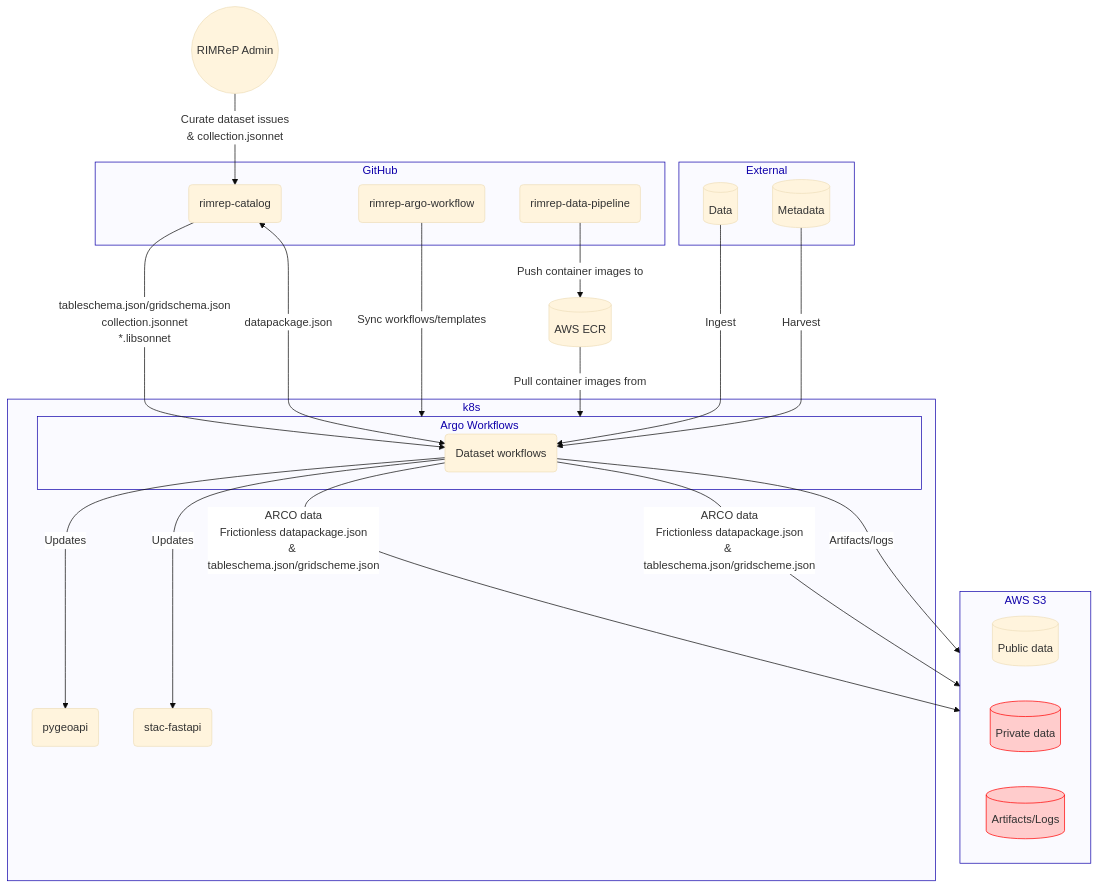
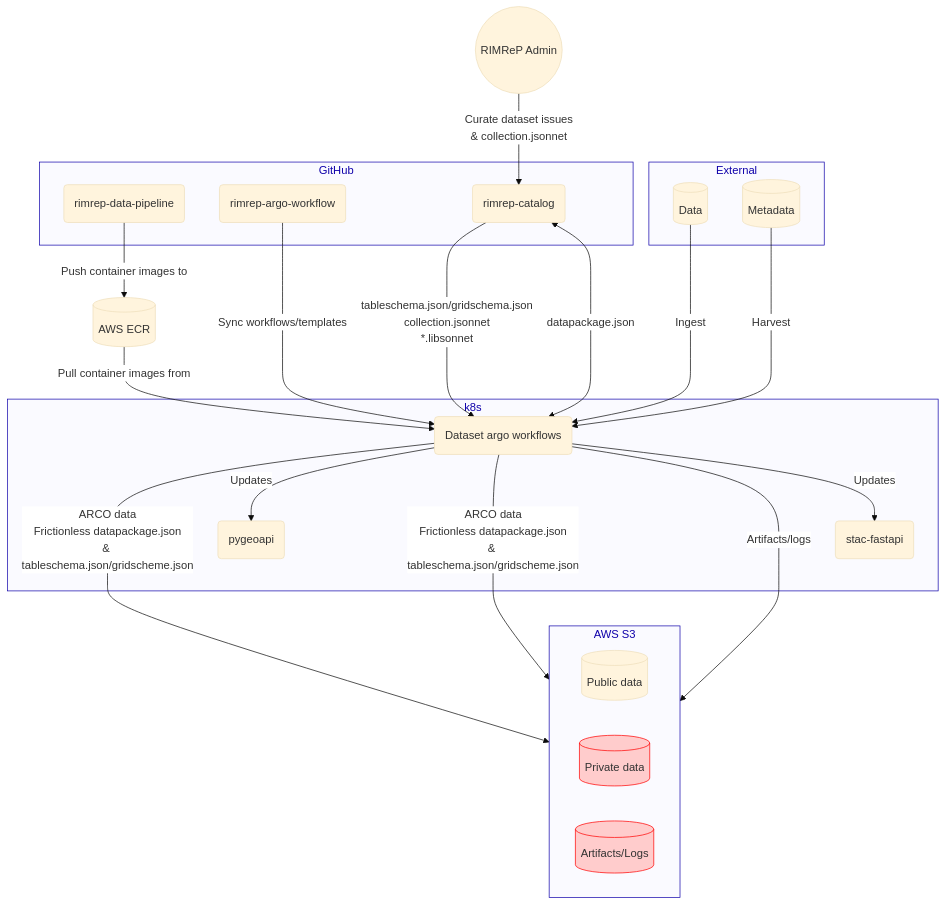
The diagram in docs/architecture/components/data-pipeline.md (gbr-dms/rimrep-documentation), drawn with Mermaid before and after one commit.

Commit message:
Remove subgraph argo_workflows

````diff
--- a/docs/architecture/components/data-pipeline.md
+++ b/docs/architecture/components/data-pipeline.md
@@ -18,66 +18,63 @@
 ```mermaid
 %%{
   init: {
     'theme': 'base',
     'themeVariables': {
       'edgeLabelBackground': '#ffffff',
       'tertiaryTextColor': '#0f00aa',
       'clusterBkg': '#fafaff',
       'clusterBorder': '#0f00aa'
     }
   }
 }%%
 
 flowchart TB
   classDef red fill:#ffcccc,stroke:#ff0000;
 
   subgraph external["External"]
     data[(Data)]
     metadata[(Metadata)]
   end
 
   subgraph "GitHub"
     catalog(rimrep-catalog)
     argo_repo(rimrep-argo-workflow)
     data_pipeline_repo(rimrep-data-pipeline)
   end
 
   subgraph group_s3["AWS S3"]
     direction LR
     public_data_storage[(Public data)]
     private_data_storage[(Private data)]:::red
     artifact_storage[(Artifacts/Logs)]:::red
   end
 
   aws_ecr[(AWS ECR)]
 
   subgraph group_k8s ["k8s"]
     stac_fastapi(stac-fastapi)
     pygeoapi(pygeoapi)
-    
-    subgraph argo_workflows["Argo Workflows"]
-      data_workflow(Dataset workflows)
-    end
+    data_workflow(Dataset argo workflows)
   end
 
   group_k8s ~~~ group_s3
 
   rimrep_admin((RIMReP Admin))
 
   data_pipeline_repo -->|Push container images to| aws_ecr
-  aws_ecr -->|Pull container images from| argo_workflows
-  argo_repo -->|Sync workflows/templates| argo_workflows
+  aws_ecr -->|Pull container images from| data_workflow
+  argo_repo -->|Sync workflows/templates| data_workflow
 
   data_workflow -->|ARCO data\nFrictionless datapackage.json\n& tableschema.json/gridscheme.json| public_data_storage & private_data_storage
   data_workflow --> |Artifacts/logs|artifact_storage
 
   catalog --> |tableschema.json/gridschema.json\ncollection.jsonnet\n*.libsonnet| data_workflow
   catalog <--> |datapackage.json| data_workflow
 
   data --->|Ingest| data_workflow
   metadata --> |Harvest|data_workflow
   rimrep_admin --> |Curate dataset issues\n& collection.jsonnet|catalog
   data_workflow --> |Updates| pygeoapi
   data_workflow --> |Updates| stac_fastapi
 
 ```
````
